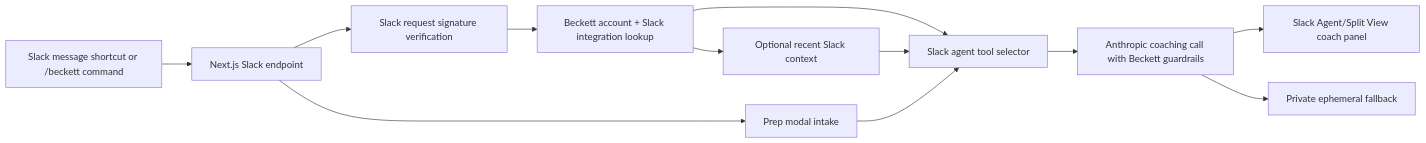
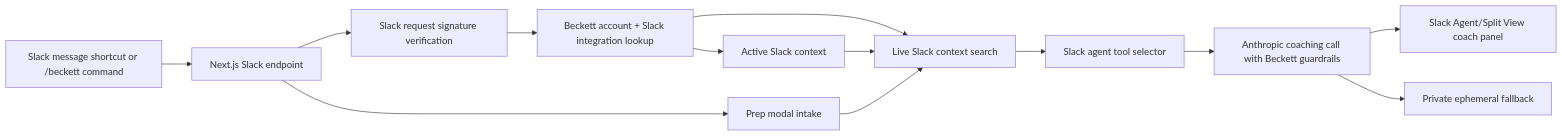
One commit to sloane-oxleybarnes/Beckett-Web changed the diagram in docs/slack-hackathon-submission.md. Above: the diagram before and after it, drawn with Mermaid. The commit also changed other lines of this file and 10 other files, not shown here.

Commit message:
Add broader Slack context search

````diff
--- a/docs/slack-hackathon-submission.md
+++ b/docs/slack-hackathon-submission.md
@@ -60,14 +60,15 @@
 ```mermaid
 flowchart LR
   A["Slack message shortcut or /beckett command"] --> B["Next.js Slack endpoint"]
   B --> C["Slack request signature verification"]
   C --> D["Beckett account + Slack integration lookup"]
-  D --> E["Slack agent tool selector"]
-  E --> F["Anthropic coaching call with Beckett guardrails"]
-  F --> G["Slack Agent/Split View coach panel"]
-  F --> I["Private ephemeral fallback"]
-  D --> H["Optional recent Slack context"]
+  D --> H["Active Slack context"]
+  D --> E["Live Slack context search"]
   H --> E
+  E --> F["Slack agent tool selector"]
+  F --> G["Anthropic coaching call with Beckett guardrails"]
+  G --> I["Slack Agent/Split View coach panel"]
+  G --> K["Private ephemeral fallback"]
   B --> J["Prep modal intake"]
   J --> E
 ```
````
